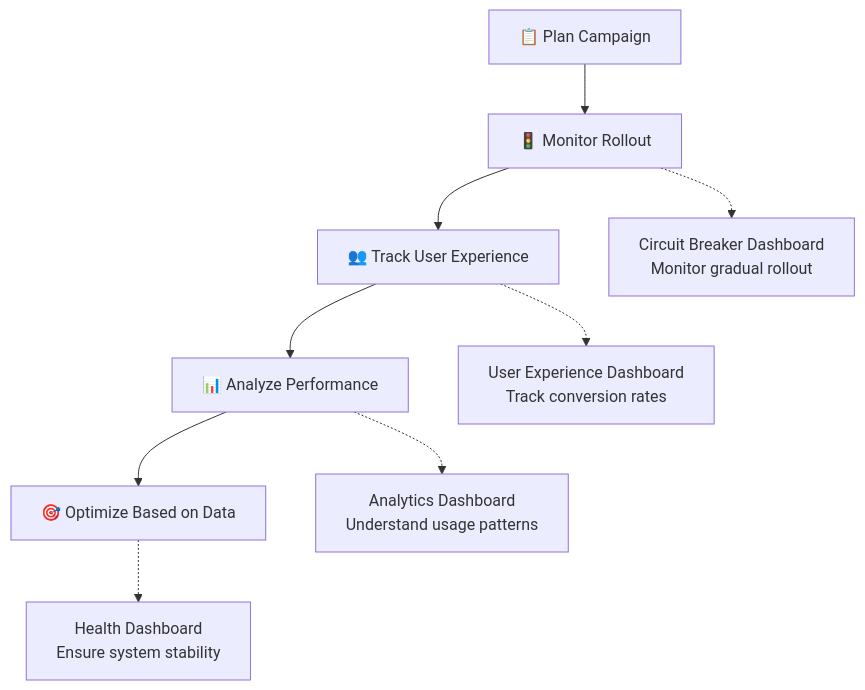
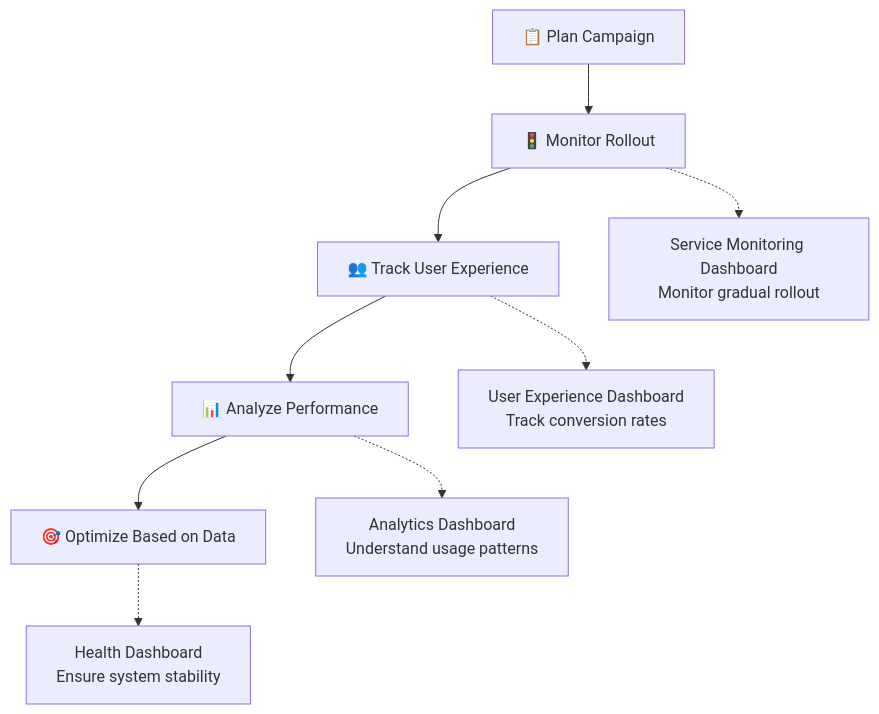
Before and after one commit to gsinghjay/mvp_qr_gen: the seventh of 25 diagrams in GRAFANA.md, drawn with Mermaid. The commit also changed other lines of this file and 2 other files, not shown here.

Commit message:
docs: enhance wiki maintenance guide and merge dashboard content into GRAFANA.md

````diff
--- a/GRAFANA.md
+++ b/GRAFANA.md
@@ -254,12 +325,12 @@
 ```mermaid
 flowchart TD
     A[📋 Plan Campaign] --> B[🚦 Monitor Rollout]
     B --> C[👥 Track User Experience]
     C --> D[📊 Analyze Performance]
     D --> E[🎯 Optimize Based on Data]
     
-    B -.-> B1[Circuit Breaker Dashboard<br/>Monitor gradual rollout]
+    B -.-> B1[Service Monitoring Dashboard<br/>Monitor gradual rollout]
     C -.-> C1[User Experience Dashboard<br/>Track conversion rates]
     D -.-> D1[Analytics Dashboard<br/>Understand usage patterns]
     E -.-> E1[Health Dashboard<br/>Ensure system stability]
 ```
````
